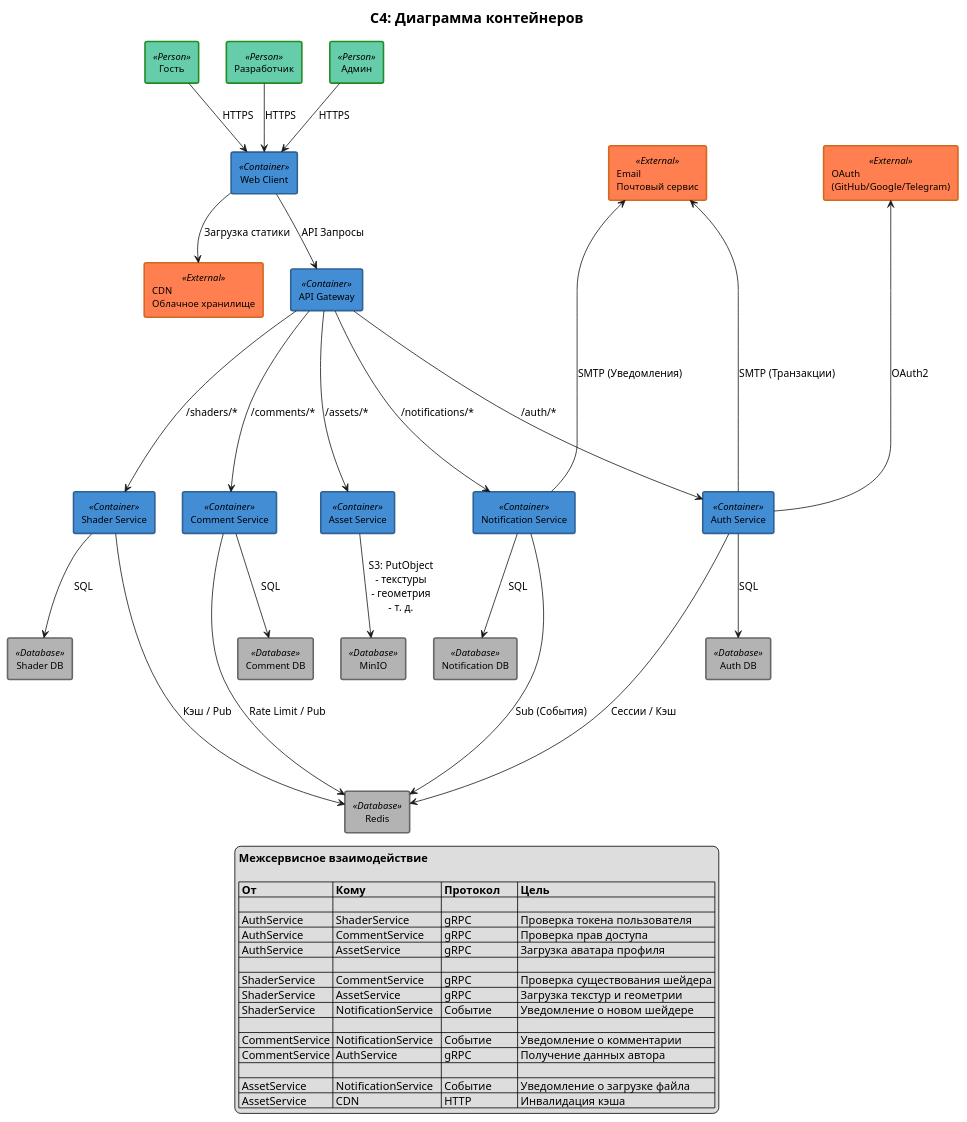
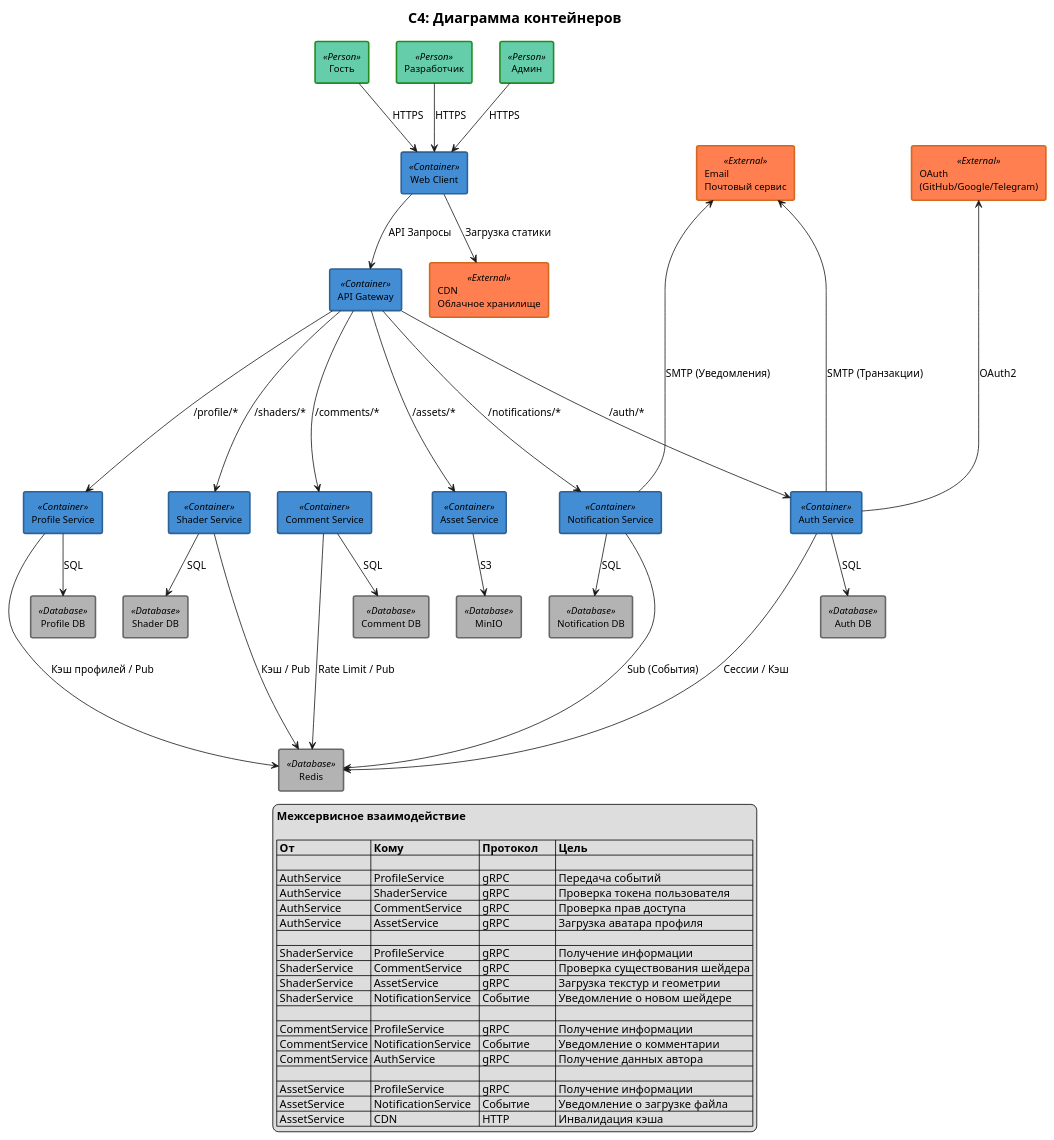
One commit to Mihyich/ShaderHub changed the diagram in docs/charts/c4/02-container/chart.wsd. Above: the diagram before and after it, drawn with PlantUML. The commit also changed 1 other file, not shown here.

Commit message:
Добавлен контейнер Profile service

```diff
--- a/docs/charts/c4/02-container/chart.wsd
+++ b/docs/charts/c4/02-container/chart.wsd
@@ -1,117 +1,125 @@
 @startuml C4_Container
 
 skinparam sequenceMessageAlign center
 
 skinparam title {
     FontSize 18
 }
 
 skinparam rectangle {
     BackgroundColor<<Person>> MediumAquaMarine
     BorderColor<<Person>> ForestGreen
 
     BackgroundColor<<Container>> #438DD5
     BorderColor<<Container>> #2E6295
 
     BackgroundColor<<Database>> #B3B3B3
     BorderColor<<Database>> #666666
 
     BackgroundColor<<External>> Coral
     BorderColor<<External>> Chocolate
 
     BorderThickness 2
     FontName "Arial"
     FontSize 12
 }
 
 title C4: Диаграмма контейнеров
 
 ' ============================================
 ' Элементы
 ' ============================================
 
 ' --- Внешний мир ---
 rectangle "Гость" <<Person>> as Guest
 rectangle "Разработчик" <<Person>> as Developer
 rectangle "Админ" <<Person>> as Admin
 
 rectangle "CDN\nОблачное хранилище" <<External>> as CDN
 rectangle "OAuth\n(GitHub/Google/Telegram)" <<External>> as OAuth
 rectangle "Email\nПочтовый сервис" <<External>> as Email
 
 ' --- Система ---
 rectangle "API Gateway" <<Container>> as Gateway
 rectangle "Web Client" <<Container>> as WebClient
 
 rectangle "Auth Service" <<Container>> as AuthService
+rectangle "Profile Service" <<Container>> as ProfileService
 rectangle "Shader Service" <<Container>> as ShaderService
 rectangle "Asset Service" <<Container>> as AssetService
 rectangle "Comment Service" <<Container>> as CommentService
 rectangle "Notification Service" <<Container>> as NotifyService
 
 ' --- Хранилища ---
 rectangle "Auth DB" <<Database>> as AuthDB
+rectangle "Profile DB" <<Database>> as ProfileDB
 rectangle "Shader DB" <<Database>> as ShaderDB
 rectangle "Comment DB" <<Database>> as CommentDB
 rectangle "Notification DB" <<Database>> as NotifyDB
 rectangle "MinIO" <<Database>> as MinIO
 rectangle "Redis" <<Database>> as Redis
 
 ' ============================================
 ' Связи (Логическая группировка)
 ' ============================================
 
 ' --- Пользователи : CDN : Gateway ---
 Guest     --> WebClient : HTTPS
 Developer --> WebClient : HTTPS
 Admin     --> WebClient : HTTPS
 WebClient --> CDN       : Загрузка статики
 WebClient --> Gateway   : API Запросы
 
 ' --- Gateway : Сервисы (HTTP) ---
 Gateway ----> AuthService    : /auth/*
+Gateway ----> ProfileService : /profile/*
 Gateway ----> ShaderService  : /shaders/*
 Gateway ----> AssetService   : /assets/*
 Gateway ----> CommentService : /comments/*
 Gateway ----> NotifyService  : /notifications/*
 
 ' --- Сервисы : Базы данных (SQL) ---
 AuthService    --> AuthDB    : SQL
+ProfileService --> ProfileDB : SQL
 ShaderService  --> ShaderDB  : SQL
-AssetService   --> MinIO     : S3: PutObject\n- текстуры\n- геометрия\n- т. д.
+AssetService   --> MinIO     : S3
 CommentService --> CommentDB : SQL
 NotifyService  --> NotifyDB  : SQL
 
-
 ' --- Redis (События и Кэш) ---
 AuthService    ----> Redis : Сессии / Кэш
+ProfileService ----> Redis : Кэш профилей / Pub
 ShaderService  ----> Redis : Кэш / Pub
 CommentService ----> Redis : Rate Limit / Pub
 NotifyService  ----> Redis : Sub (События)
 
 ' --- Внешние интеграции ---
 OAuth <----- AuthService   : OAuth2
 Email <----- AuthService   : SMTP (Транзакции)
 Email <----- NotifyService : SMTP (Уведомления)
 
 legend bottom
   <b>Межсервисное взаимодействие</b>
 
   | <b>От</b>      | <b>Кому</b>         | <b>Протокол</b> | <b>Цель</b>                    |
   |                |                     |                 |                                |
+  | AuthService    | ProfileService      | gRPC            | Передача событий               |
   | AuthService    | ShaderService       | gRPC            | Проверка токена пользователя   |
   | AuthService    | CommentService      | gRPC            | Проверка прав доступа          |
   | AuthService    | AssetService        | gRPC            | Загрузка аватара профиля       |
   |                |                     |                 |                                |
+  | ShaderService  | ProfileService      | gRPC            | Получение информации           |
   | ShaderService  | CommentService      | gRPC            | Проверка существования шейдера |
   | ShaderService  | AssetService        | gRPC            | Загрузка текстур и геометрии   |
   | ShaderService  | NotificationService | Событие         | Уведомление о новом шейдере    |
   |                |                     |                 |                                |
+  | CommentService | ProfileService      | gRPC            | Получение информации           |
   | CommentService | NotificationService | Событие         | Уведомление о комментарии      |
   | CommentService | AuthService         | gRPC            | Получение данных автора        |
   |                |                     |                 |                                |
+  | AssetService   | ProfileService      | gRPC            | Получение информации           |
   | AssetService   | NotificationService | Событие         | Уведомление о загрузке файла   |
   | AssetService   | CDN                 | HTTP            | Инвалидация кэша               |
 endlegend
 
 @enduml
```
